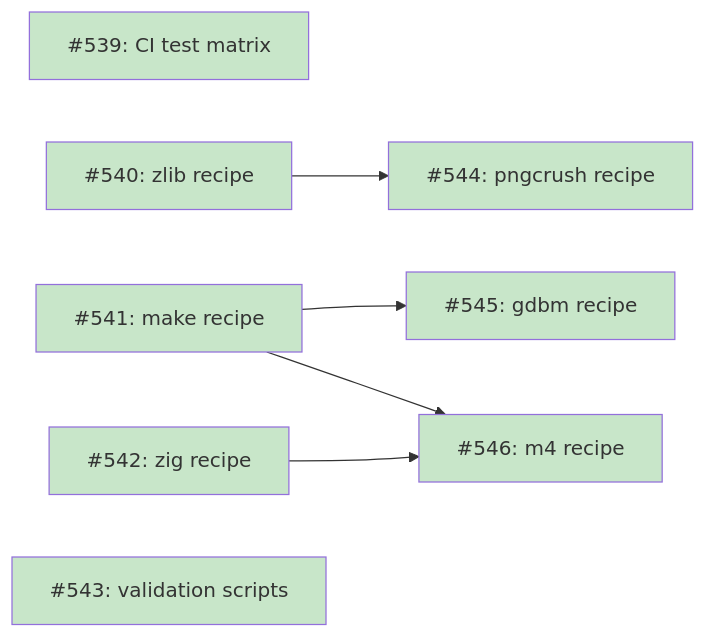
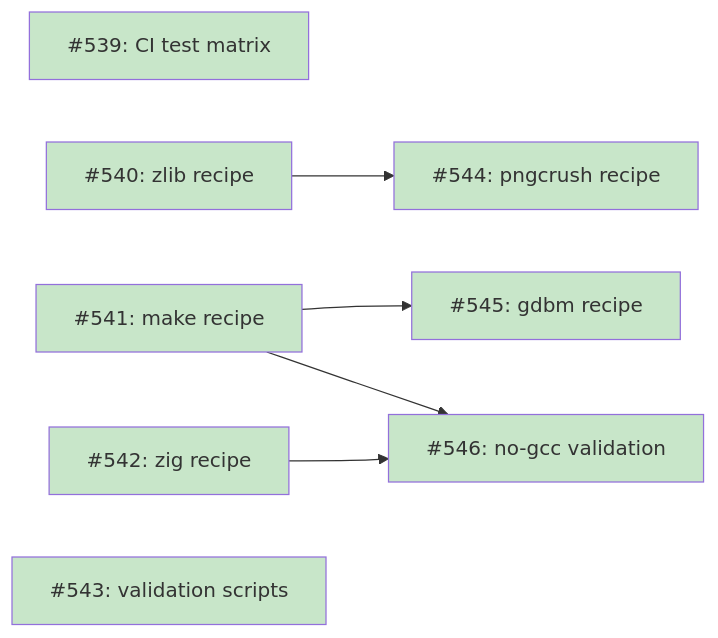
One commit to tsukumogami/tsuku changed the first of 4 diagrams in docs/designs/current/DESIGN-dependency-provisioning.md. Above: the diagram before and after it, drawn with Mermaid. The commit also changed other lines of this file, not shown here.

````diff
--- a/docs/designs/current/DESIGN-dependency-provisioning.md
+++ b/docs/designs/current/DESIGN-dependency-provisioning.md
@@ -24,22 +24,22 @@
 ```mermaid
 graph LR
     I539["#539: CI test matrix"]
     I540["#540: zlib recipe"]
     I541["#541: make recipe"]
     I542["#542: zig recipe"]
     I543["#543: validation scripts"]
     I544["#544: pngcrush recipe"]
     I545["#545: gdbm recipe"]
-    I546["#546: m4 recipe"]
+    I546["#546: no-gcc validation"]
 
     I540 --> I544
     I541 --> I545
     I541 --> I546
     I542 --> I546
 
     classDef done fill:#c8e6c9
     classDef ready fill:#bbdefb
     classDef blocked fill:#fff9c4
 
     class I539,I540,I541,I542,I543,I544,I545,I546 done
 ```
````
